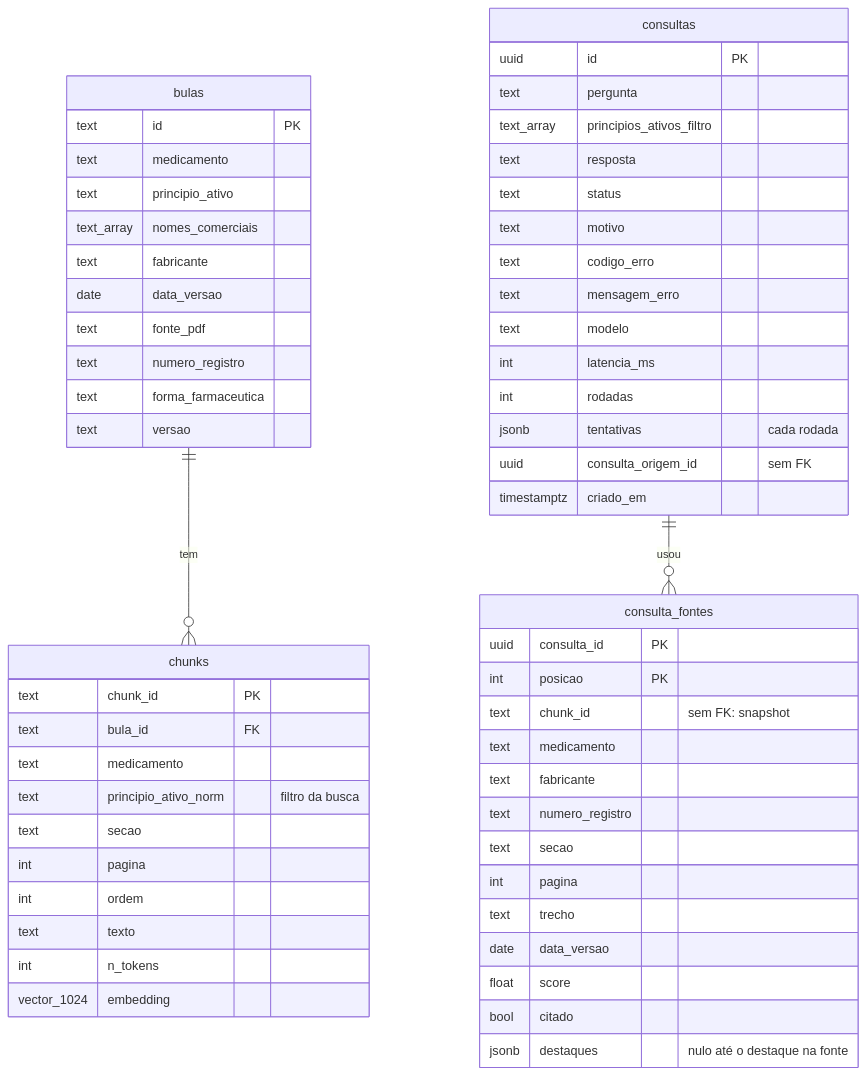
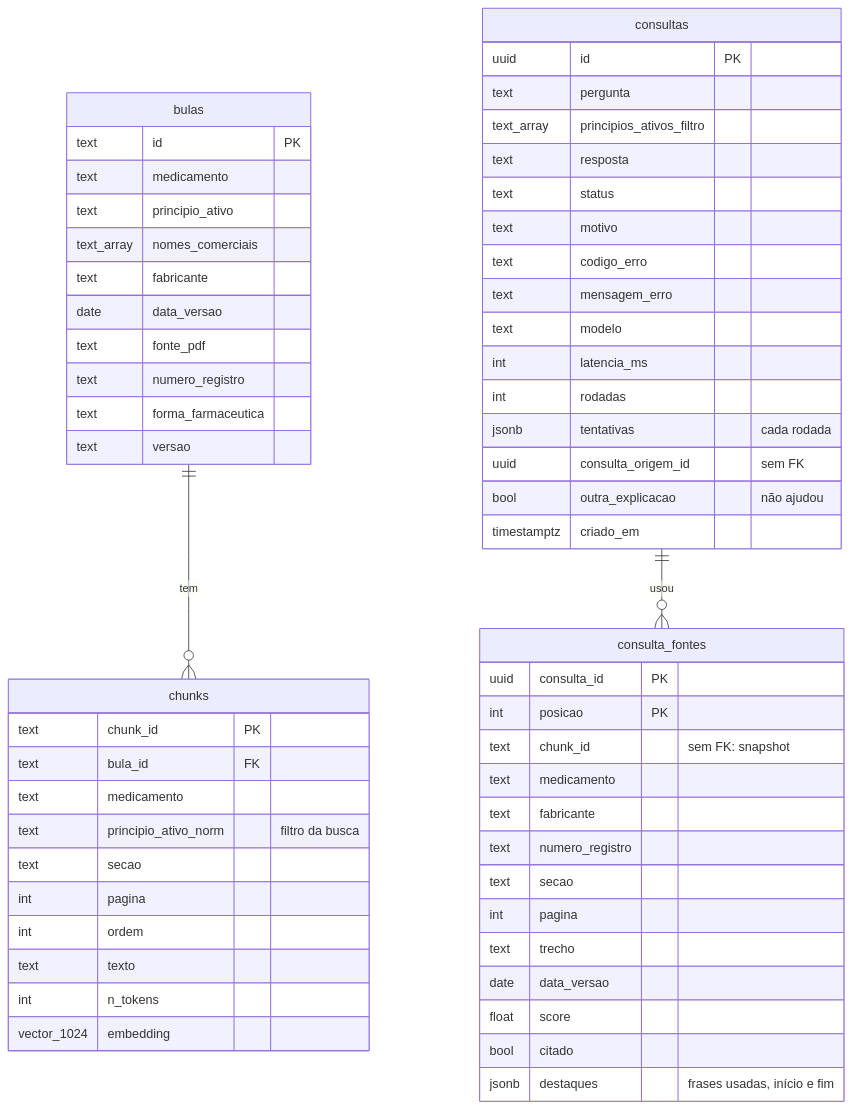
The fourth of 5 diagrams in README.md (umdevaprendiz/farma-rag), drawn with Mermaid before and after one commit. The commit also changed other lines of this file and 16 other files, not shown here.

Commit message:
destaques de frases enquanto agente processa resposta

````diff
--- a/README.md
+++ b/README.md
@@ -263,61 +265,62 @@
 ```mermaid
 erDiagram
   bulas ||--o{ chunks : "tem"
   consultas ||--o{ consulta_fontes : "usou"
 
   bulas {
     text id PK
     text medicamento
     text principio_ativo
     text_array nomes_comerciais
     text fabricante
     date data_versao
     text fonte_pdf
     text numero_registro
     text forma_farmaceutica
     text versao
   }
   chunks {
     text chunk_id PK
     text bula_id FK
     text medicamento
     text principio_ativo_norm "filtro da busca"
     text secao
     int pagina
     int ordem
     text texto
     int n_tokens
     vector_1024 embedding
   }
   consultas {
     uuid id PK
     text pergunta
     text_array principios_ativos_filtro
     text resposta
     text status
     text motivo
     text codigo_erro
     text mensagem_erro
     text modelo
     int latencia_ms
     int rodadas
     jsonb tentativas "cada rodada"
     uuid consulta_origem_id "sem FK"
+    bool outra_explicacao "não ajudou"
     timestamptz criado_em
   }
   consulta_fontes {
     uuid consulta_id PK
     int posicao PK
     text chunk_id "sem FK: snapshot"
     text medicamento
     text fabricante
     text numero_registro
     text secao
     int pagina
     text trecho
     date data_versao
     float score
     bool citado
-    jsonb destaques "nulo até o destaque na fonte"
+    jsonb destaques "frases usadas, início e fim"
   }
 ```
````
